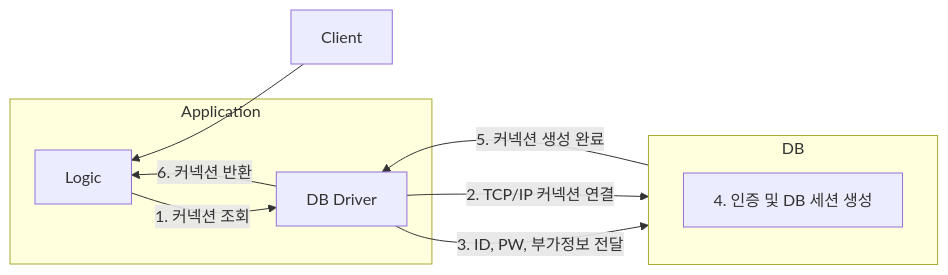
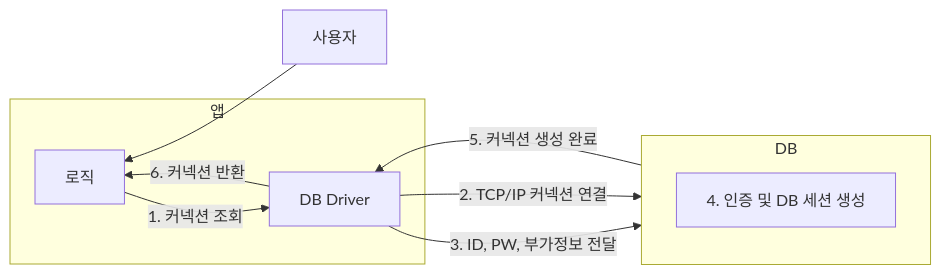
Before and after one commit to choiexe1/blog: the first of 4 diagrams in content/Resources/프로그래밍/Java/김영한의 스프링/DB 1편/2. 커넥션 풀과 데이터소스 이해.md, drawn with Mermaid. The commit also changed other lines of this file, not shown here.

````diff
--- a/content/Resources/프로그래밍/Java/김영한의 스프링/DB 1편/2. 커넥션 풀과 데이터소스 이해.md
+++ b/content/Resources/프로그래밍/Java/김영한의 스프링/DB 1편/2. 커넥션 풀과 데이터소스 이해.md
@@ -13,20 +13,20 @@
 ```mermaid
 graph RL
-Client
-subgraph Application
-	Logic
-	Driver[DB Driver]
+사용자
+subgraph 앱
+	로직
+	드라이버[DB Driver]
 end
 
 subgraph DB
 	Auth[4. 인증 및 DB 세션 생성]
 end
 
-Client --> Logic
-Logic -->|1. 커넥션 조회| Driver
-Driver -->|2. TCP/IP 커넥션 연결| DB
-Driver -->|3. ID, PW, 부가정보 전달| DB
-DB -->|5. 커넥션 생성 완료| Driver
-Driver -->|6. 커넥션 반환| Logic
+사용자 --> 로직
+로직 -->|1. 커넥션 조회| 드라이버
+드라이버 -->|2. TCP/IP 커넥션 연결| DB
+드라이버 -->|3. ID, PW, 부가정보 전달| DB
+DB -->|5. 커넥션 생성 완료| 드라이버
+드라이버 -->|6. 커넥션 반환| 로직
 
 ```
````
